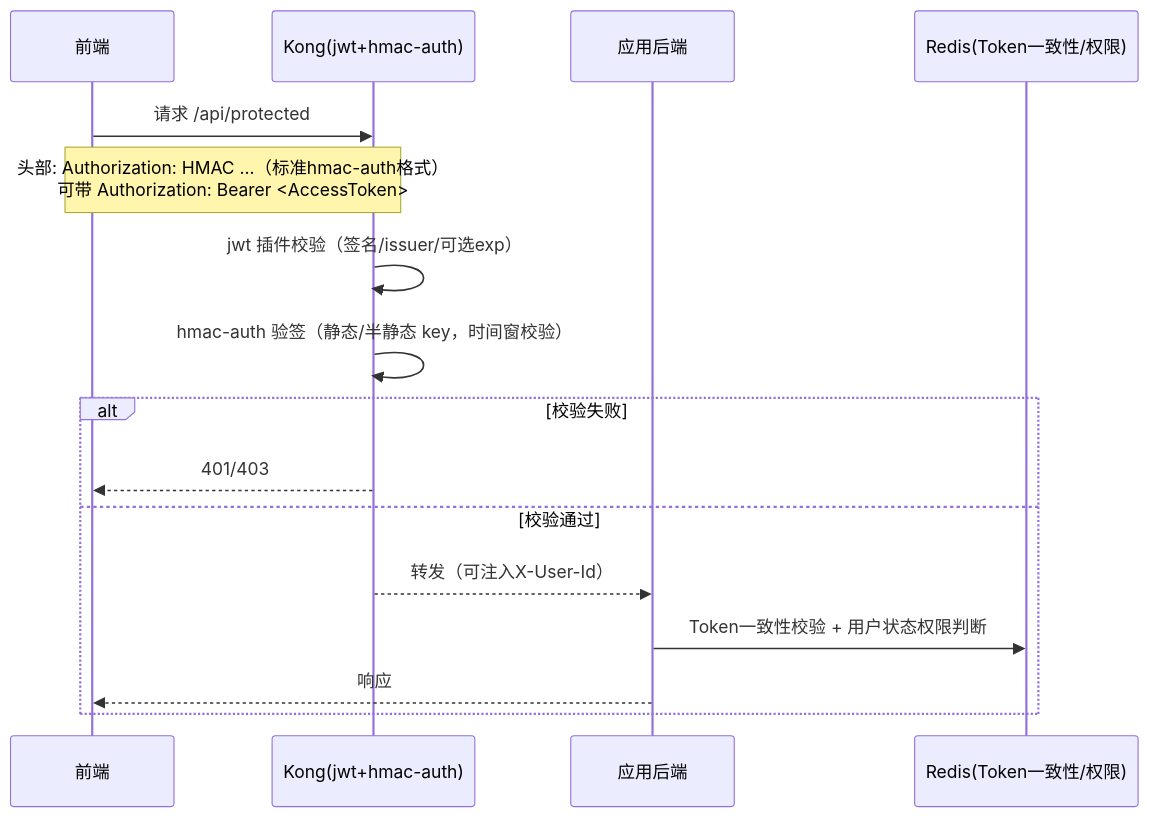
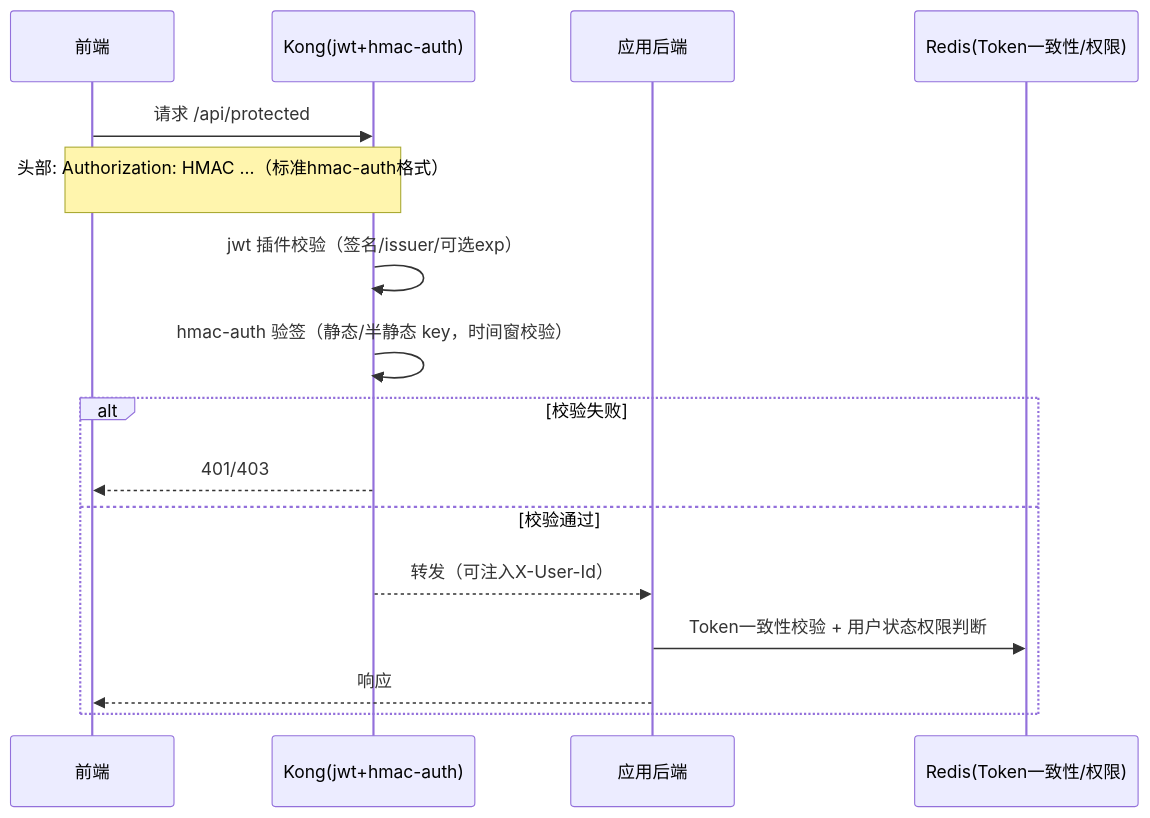
One commit to yingjianzh/iodraw-files changed the diagram in all/未命名-3.md. Above: the diagram before and after it, drawn with Mermaid.

Commit message:
2025-10-14 17:15:58 update

````diff
--- a/all/未命名-3.md
+++ b/all/未命名-3.md
@@ -1,20 +1,20 @@
 ```mermaid
 sequenceDiagram
     participant FE as 前端
     participant Kong as Kong(jwt+hmac-auth)
     participant App as 应用后端
     participant Redis as Redis(Token一致性/权限)
 
     FE->>Kong: 请求 /api/protected
-    Note over FE,Kong: 头部: Authorization: HMAC ...（标准hmac-auth格式）<br/>可带 Authorization: Bearer <AccessToken>
+    Note over FE,Kong: 头部: Authorization: HMAC ...（标准hmac-auth格式）<br/>
 
     Kong->>Kong: jwt 插件校验（签名/issuer/可选exp）
     Kong->>Kong: hmac-auth 验签（静态/半静态 key，时间窗校验）
     alt 校验失败
       Kong-->>FE: 401/403
     else 校验通过
       Kong-->>App: 转发（可注入X-User-Id）
       App->>Redis: Token一致性校验 + 用户状态权限判断
       App-->>FE: 响应
     end
 ```
````
